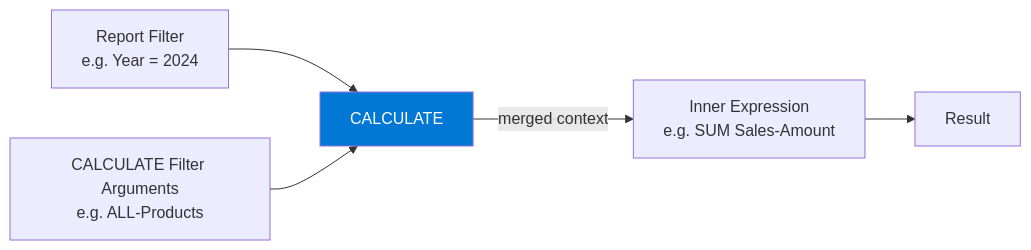
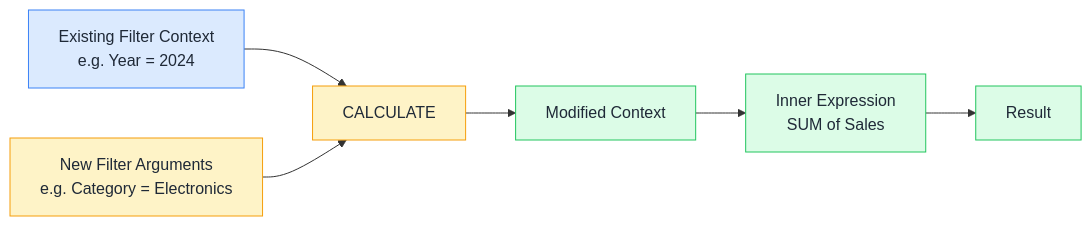
One commit to behnia137/dax-visual changed the diagram in patterns/calculate.md. Above: the diagram before and after it, drawn with Mermaid. The commit also changed other lines of this file and 21 other files, not shown here.

````diff
--- a/patterns/calculate.md
+++ b/patterns/calculate.md
@@ -11,9 +7,14 @@
 ```mermaid
 flowchart LR
-    A[Report Filter\ne.g. Year = 2024] --> B[CALCULATE]
-    C[CALCULATE Filter Arguments\ne.g. ALL-Products] --> B
-    B -->|merged context| D[Inner Expression\ne.g. SUM Sales-Amount]
-    D --> E[Result]
-
-    style B fill:#0078d4,color:#fff
+    A[Existing Filter Context\ne.g. Year = 2024] --> B[CALCULATE]
+    C[New Filter Arguments\ne.g. Category = Electronics] --> B
+    B --> D[Modified Context]
+    D --> E[Inner Expression\nSUM of Sales]
+    E --> F[Result]
+    style A fill:#dbeafe,stroke:#3b82f6,color:#1f2937
+    style C fill:#fef3c7,stroke:#f59e0b,color:#1f2937
+    style B fill:#fef3c7,stroke:#f59e0b,color:#1f2937
+    style D fill:#dcfce7,stroke:#22c55e,color:#1f2937
+    style E fill:#dcfce7,stroke:#22c55e,color:#1f2937
+    style F fill:#dcfce7,stroke:#22c55e,color:#1f2937
 ```
````
